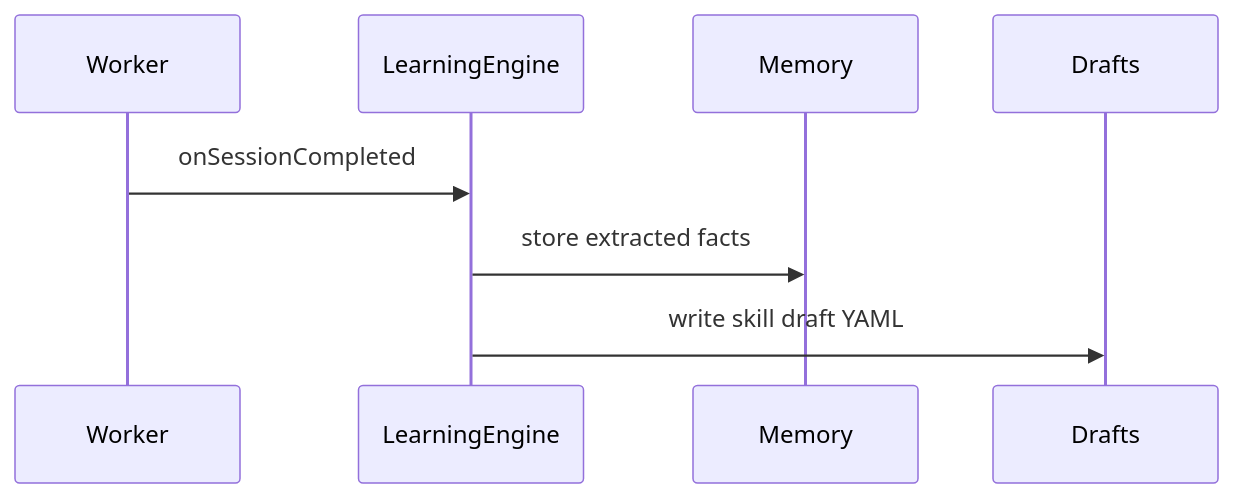
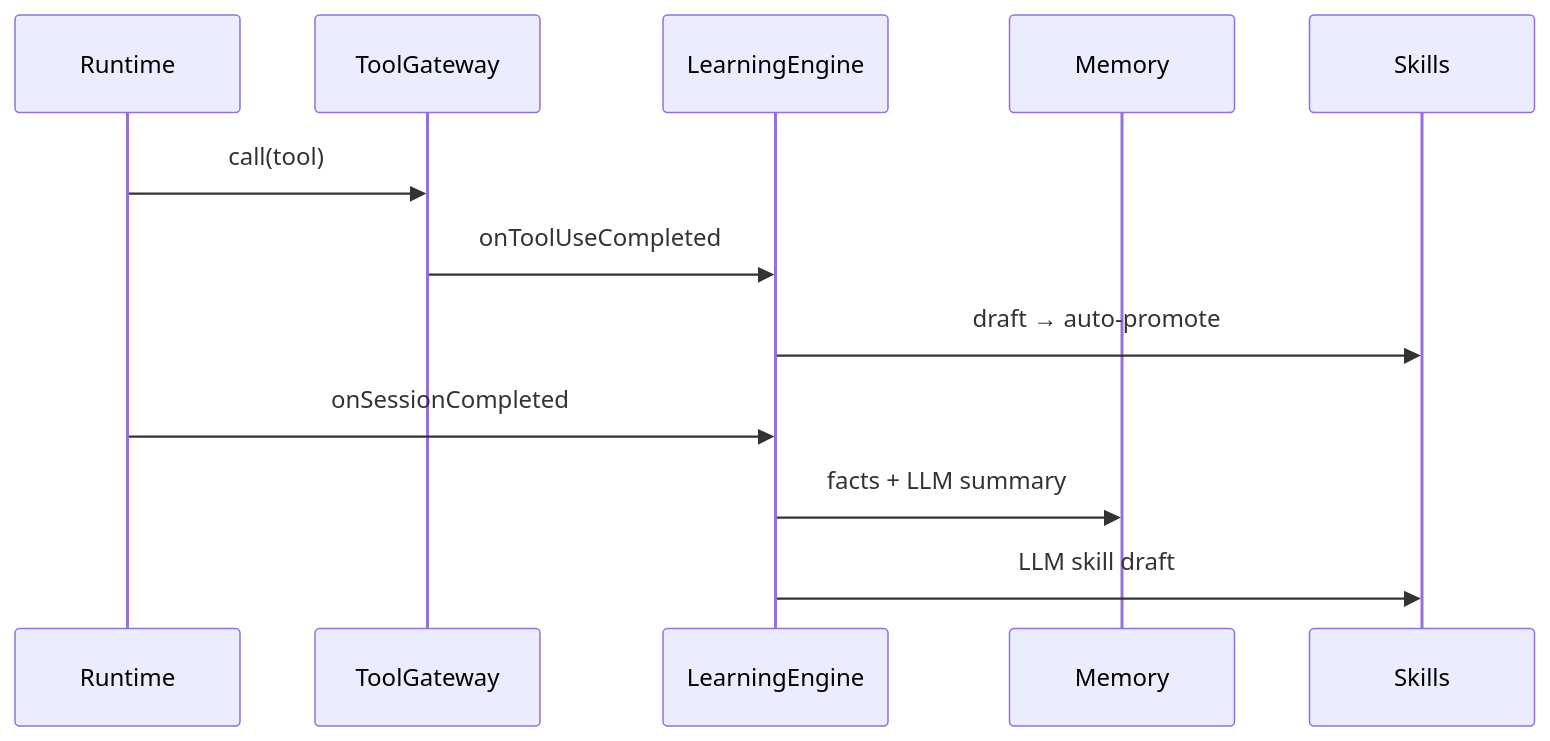
One commit to viantonugroho11/Anvio changed the diagram in docs/43-learning-loop.md. Above: the diagram before and after it, drawn with Mermaid. The commit also changed other lines of this file and 3 other files, not shown here.

First line of the commit message:
docs: Phase L6 priorities and gap register for runtime learning

````diff
--- a/docs/43-learning-loop.md
+++ b/docs/43-learning-loop.md
@@ -35,11 +45,16 @@
 ```mermaid
 sequenceDiagram
-  participant Worker
+  participant Runtime
+  participant ToolGateway
   participant LearningEngine
   participant Memory
-  participant Drafts
+  participant Skills
 
-  Worker->>LearningEngine: onSessionCompleted
-  LearningEngine->>Memory: store extracted facts
-  LearningEngine->>Drafts: write skill draft YAML
+  Runtime->>ToolGateway: call(tool)
+  ToolGateway->>LearningEngine: onToolUseCompleted
+  LearningEngine->>Skills: draft → auto-promote
+
+  Runtime->>LearningEngine: onSessionCompleted
+  LearningEngine->>Memory: facts + LLM summary
+  LearningEngine->>Skills: LLM skill draft
 ```
````
